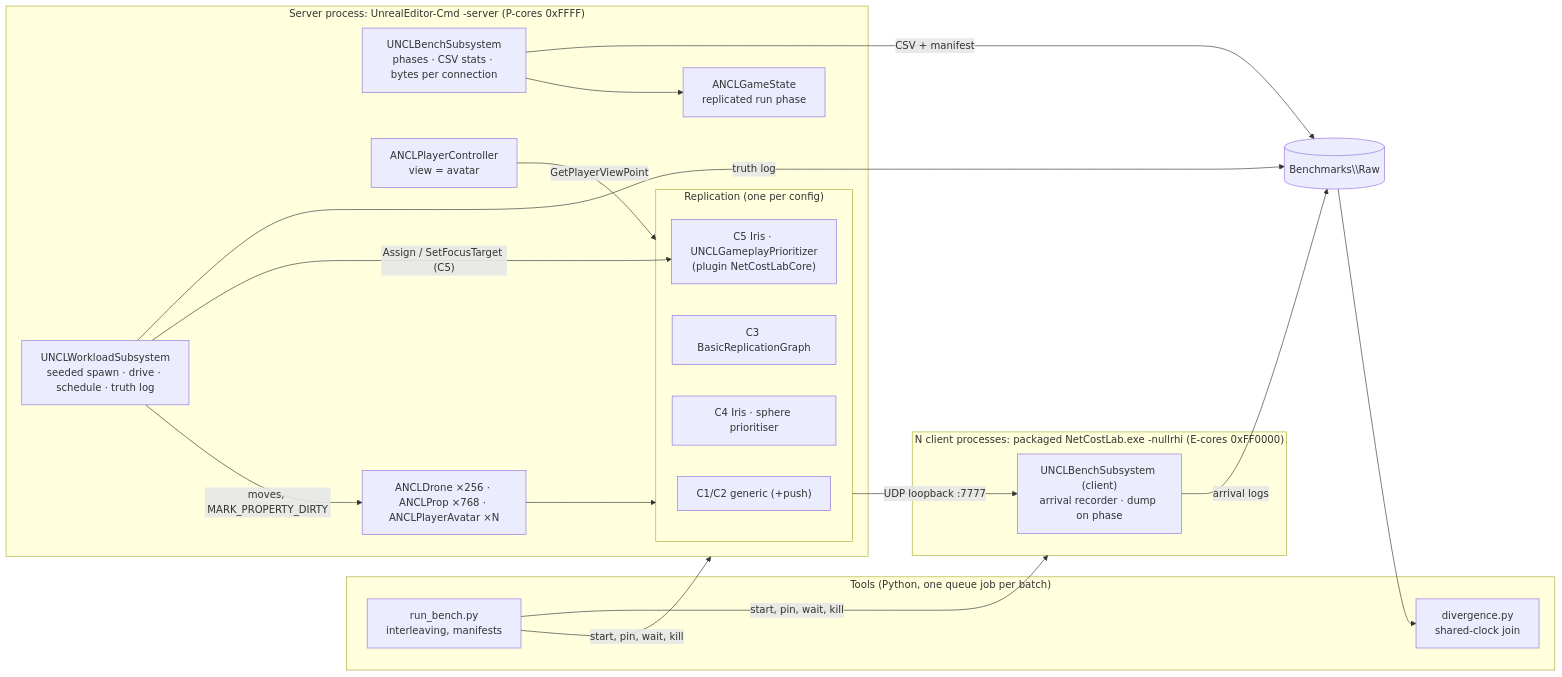
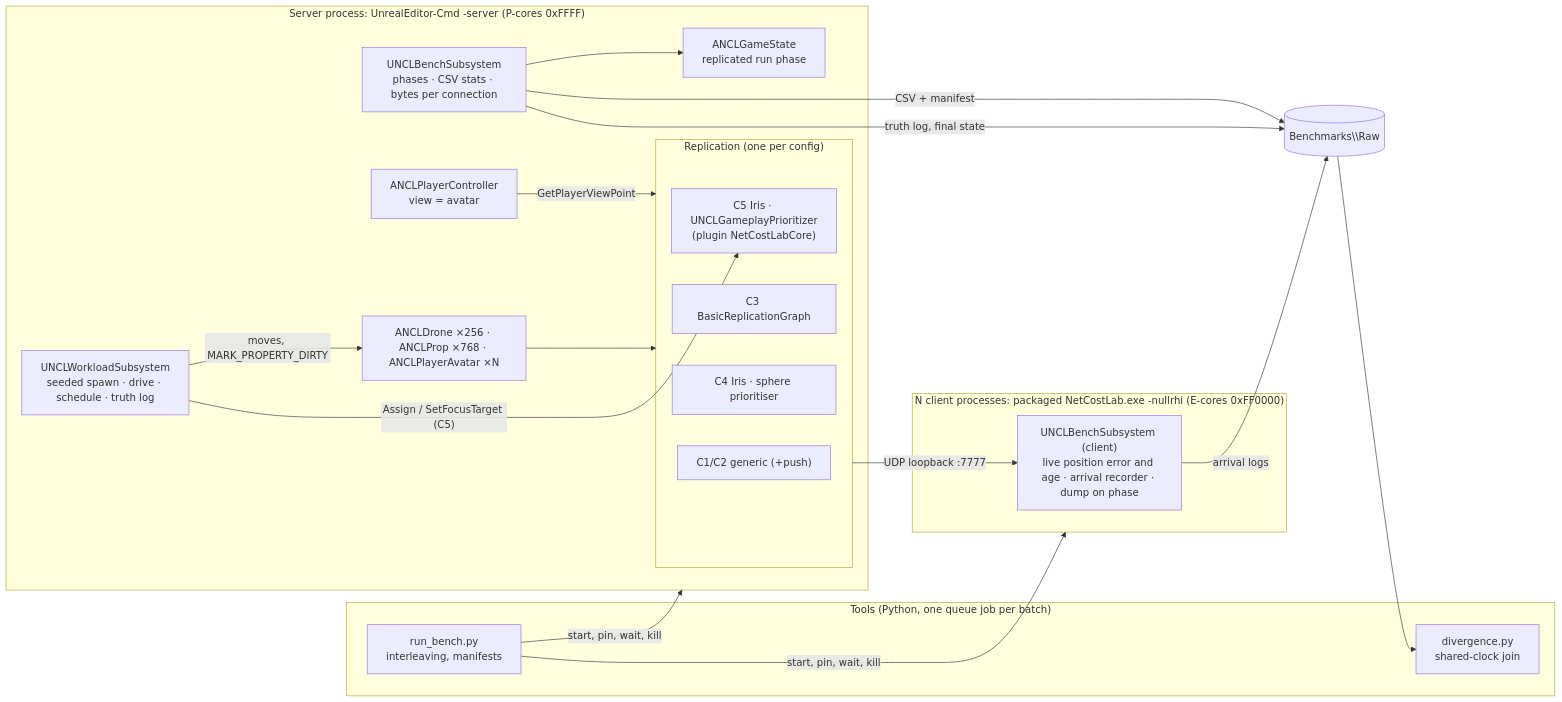
Before and after one commit to KrishGangani/UE5-NetCostLab: the first of 2 diagrams in Explanation/02_System_Architecture.md, drawn with Mermaid. The commit also changed other lines of this file and 44 other files, not shown here.

````diff
--- a/Explanation/02_System_Architecture.md
+++ b/Explanation/02_System_Architecture.md
@@ -128,35 +128,35 @@
 ```mermaid
 flowchart LR
   subgraph Tools["Tools (Python, one queue job per batch)"]
     RB["run_bench.py<br/>interleaving, manifests"]
     DV["divergence.py<br/>shared-clock join"]
   end
   subgraph Server["Server process: UnrealEditor-Cmd -server (P-cores 0xFFFF)"]
     WL["UNCLWorkloadSubsystem<br/>seeded spawn · drive · schedule · truth log"]
     BS["UNCLBenchSubsystem<br/>phases · CSV stats · bytes per connection"]
     GS["ANCLGameState<br/>replicated run phase"]
     PC["ANCLPlayerController<br/>view = avatar"]
     D["ANCLDrone ×256 · ANCLProp ×768 · ANCLPlayerAvatar ×N"]
     subgraph Rep["Replication (one per config)"]
       L["C1/C2 generic (+push)"]
       G["C3 BasicReplicationGraph"]
       I["C4 Iris · sphere prioritiser"]
       P["C5 Iris · UNCLGameplayPrioritizer<br/>(plugin NetCostLabCore)"]
     end
   end
   subgraph Clients["N client processes: packaged NetCostLab.exe -nullrhi (E-cores 0xFF0000)"]
-    CB["UNCLBenchSubsystem (client)<br/>arrival recorder · dump on phase"]
+    CB["UNCLBenchSubsystem (client)<br/>live position error and age · arrival recorder · dump on phase"]
   end
   RB -->|"start, pin, wait, kill"| Server
   RB -->|"start, pin, wait, kill"| Clients
   WL -->|"moves, MARK_PROPERTY_DIRTY"| D
   WL -->|"Assign / SetFocusTarget (C5)"| P
   BS --> GS
   D --> Rep
   PC -->|"GetPlayerViewPoint"| Rep
   Rep -->|"UDP loopback :7777"| CB
   BS -->|"CSV + manifest"| OUT[("Benchmarks\\Raw")]
-  WL -->|"truth log"| OUT
+  BS -->|"truth log, final state"| OUT
   CB -->|"arrival logs"| OUT
   OUT --> DV
 ```
````
